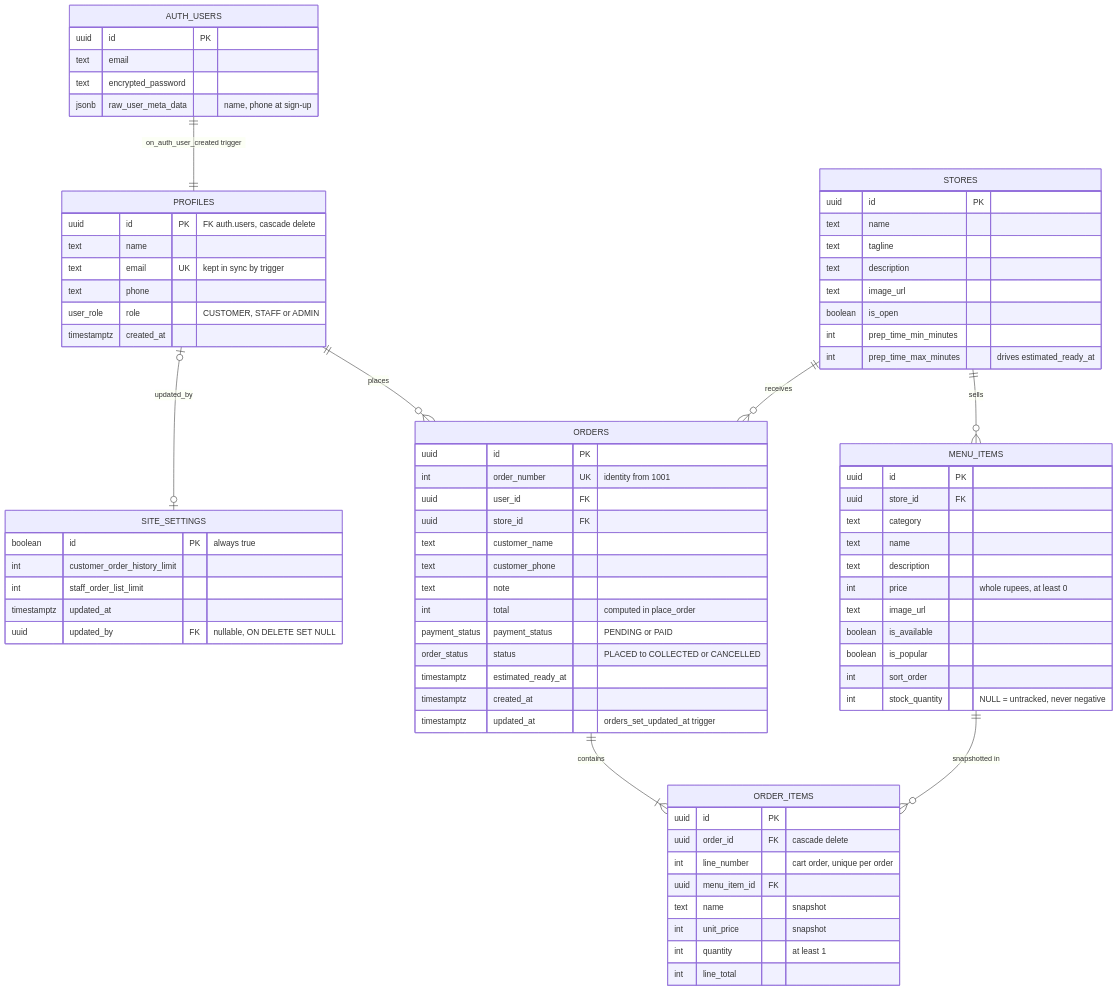
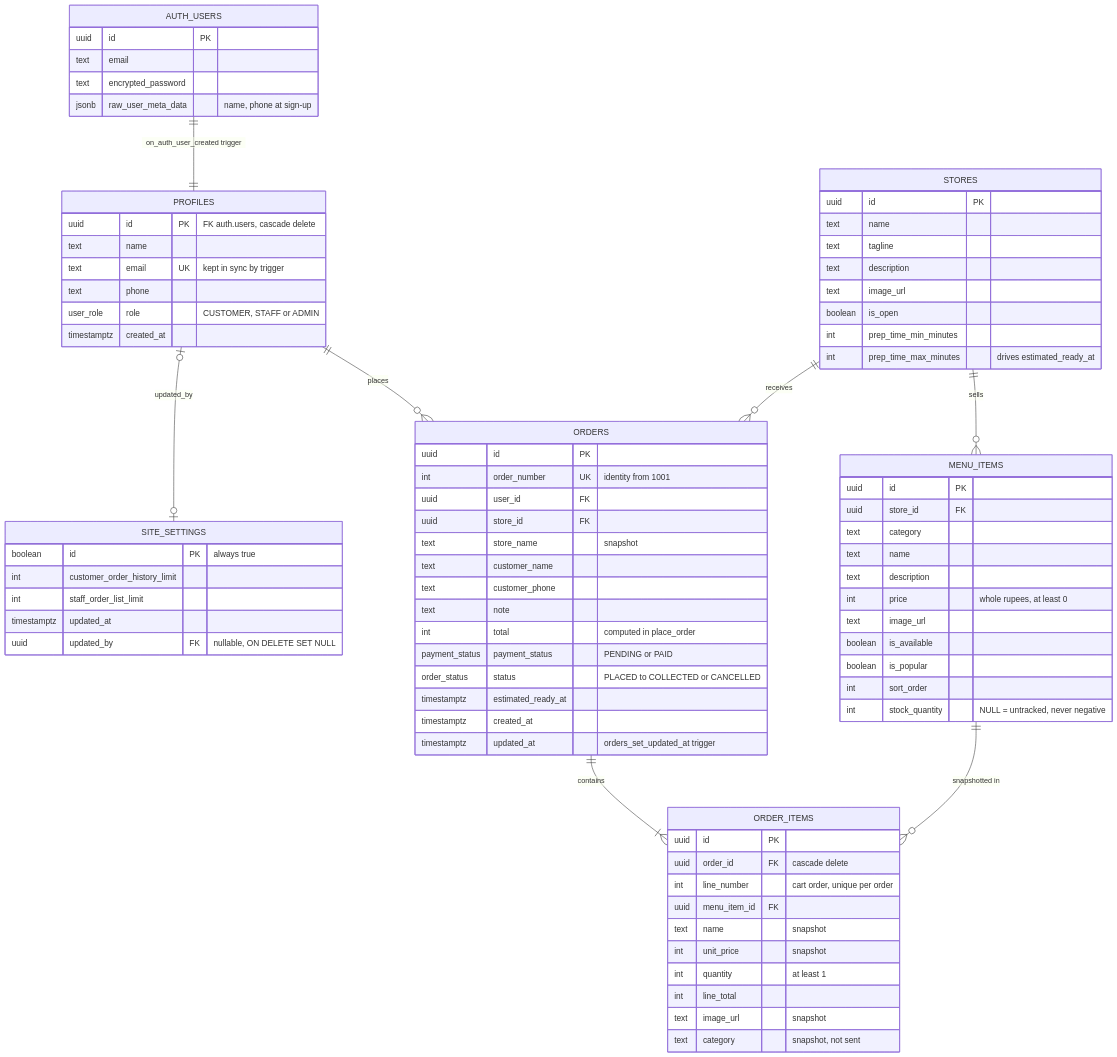
Diagram 28 of 28 in docs/ARCHITECTURE.md (The-KhaNha/KhaNha), drawn with Mermaid before and after one commit. The commit also changed other lines of this file and 15 other files, not shown here.

First line of the commit message:
Order snapshots v2: an order keeps its store name, photos and categories as they were when it was placed

````diff
--- a/docs/ARCHITECTURE.md
+++ b/docs/ARCHITECTURE.md
@@ -1017,6 +1017,7 @@
     int order_number UK "identity from 1001"
     uuid user_id FK
     uuid store_id FK
+    text store_name "snapshot"
     text customer_name
     text customer_phone
     text note
@@ -1036,5 +1037,7 @@
     int unit_price "snapshot"
     int quantity "at least 1"
     int line_total
+    text image_url "snapshot"
+    text category "snapshot, not sent"
   }
 ```
````
